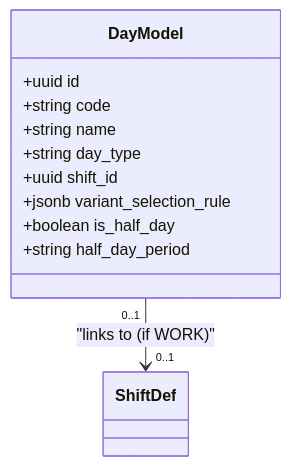
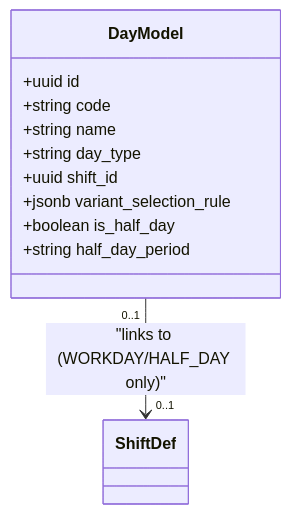
One commit to a4b-corporation/xTalent changed the third of 6 diagrams in docs/02-dbml/TA/01-scheduling-model.md. Above: the diagram before and after it, drawn with Mermaid. The commit also changed other lines of this file and 3 other files, not shown here.

````diff
--- a/docs/02-dbml/TA/01-scheduling-model.md
+++ b/docs/02-dbml/TA/01-scheduling-model.md
@@ -389,15 +389,15 @@
 ```mermaid
 classDiagram
     class DayModel {
         +uuid id
         +string code
         +string name
         +string day_type
         +uuid shift_id
         +jsonb variant_selection_rule
         +boolean is_half_day
         +string half_day_period
     }
     
-    DayModel "0..1" --> "0..1" ShiftDef : "links to (if WORK)"
+    DayModel "0..1" --> "0..1" ShiftDef : "links to (WORKDAY/HALF_DAY only)"
 ```
````
